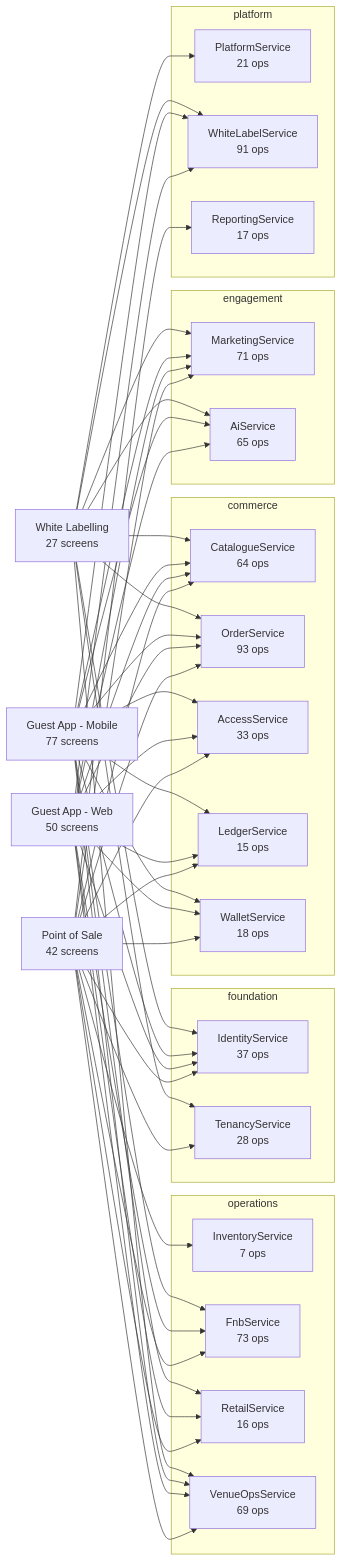
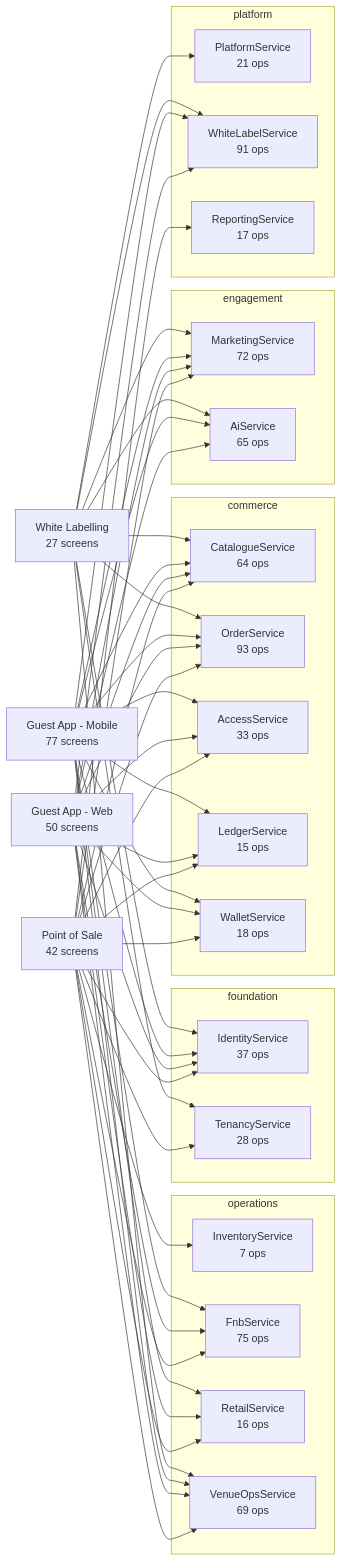
Before and after one commit to Diretide298/Solution_Architecture: the diagram in ticvai/repos/ticvai-infra/project-bible/handoff/service-docs/README.md, drawn with Mermaid. The commit also changed other lines of this file and 6696 other files, not shown here.

````diff
--- a/ticvai/repos/ticvai-infra/project-bible/handoff/service-docs/README.md
+++ b/ticvai/repos/ticvai-infra/project-bible/handoff/service-docs/README.md
@@ -9,79 +9,79 @@
 ```mermaid
 flowchart LR
   POS["Point of Sale<br/>42 screens"]
   WEB["Guest App - Web<br/>50 screens"]
   MOB["Guest App - Mobile<br/>77 screens"]
   WL["White Labelling<br/>27 screens"]
   subgraph foundation
     IdentityService["IdentityService<br/>37 ops"]
     TenancyService["TenancyService<br/>28 ops"]
   end
   subgraph commerce
     CatalogueService["CatalogueService<br/>64 ops"]
     OrderService["OrderService<br/>93 ops"]
     AccessService["AccessService<br/>33 ops"]
     LedgerService["LedgerService<br/>15 ops"]
     WalletService["WalletService<br/>18 ops"]
   end
   subgraph operations
     InventoryService["InventoryService<br/>7 ops"]
-    FnbService["FnbService<br/>73 ops"]
+    FnbService["FnbService<br/>75 ops"]
     RetailService["RetailService<br/>16 ops"]
     VenueOpsService["VenueOpsService<br/>69 ops"]
   end
   subgraph engagement
-    MarketingService["MarketingService<br/>71 ops"]
+    MarketingService["MarketingService<br/>72 ops"]
     AiService["AiService<br/>65 ops"]
   end
   subgraph platform
     PlatformService["PlatformService<br/>21 ops"]
     WhiteLabelService["WhiteLabelService<br/>91 ops"]
     ReportingService["ReportingService<br/>17 ops"]
   end
   POS --> OrderService
   WEB --> OrderService
   MOB --> OrderService
   WL --> OrderService
   POS --> CatalogueService
   WEB --> CatalogueService
   MOB --> CatalogueService
   WL --> CatalogueService
   POS --> AccessService
   WEB --> AccessService
   MOB --> AccessService
   WL --> PlatformService
   POS --> MarketingService
   WEB --> MarketingService
   MOB --> MarketingService
   WL --> MarketingService
   POS --> VenueOpsService
   WEB --> VenueOpsService
   MOB --> VenueOpsService
   WL --> VenueOpsService
   POS --> TenancyService
   WL --> TenancyService
   POS --> ReportingService
   POS --> FnbService
   WEB --> FnbService
   MOB --> FnbService
   WEB --> WhiteLabelService
   MOB --> WhiteLabelService
   WL --> WhiteLabelService
   POS --> InventoryService
   POS --> WalletService
   WEB --> WalletService
   MOB --> WalletService
   POS --> IdentityService
   WEB --> IdentityService
   MOB --> IdentityService
   WL --> IdentityService
   POS --> RetailService
   WEB --> RetailService
   MOB --> RetailService
   WEB --> AiService
   MOB --> AiService
   WL --> AiService
   POS --> LedgerService
   WEB --> LedgerService
   MOB --> LedgerService
 ```
````
